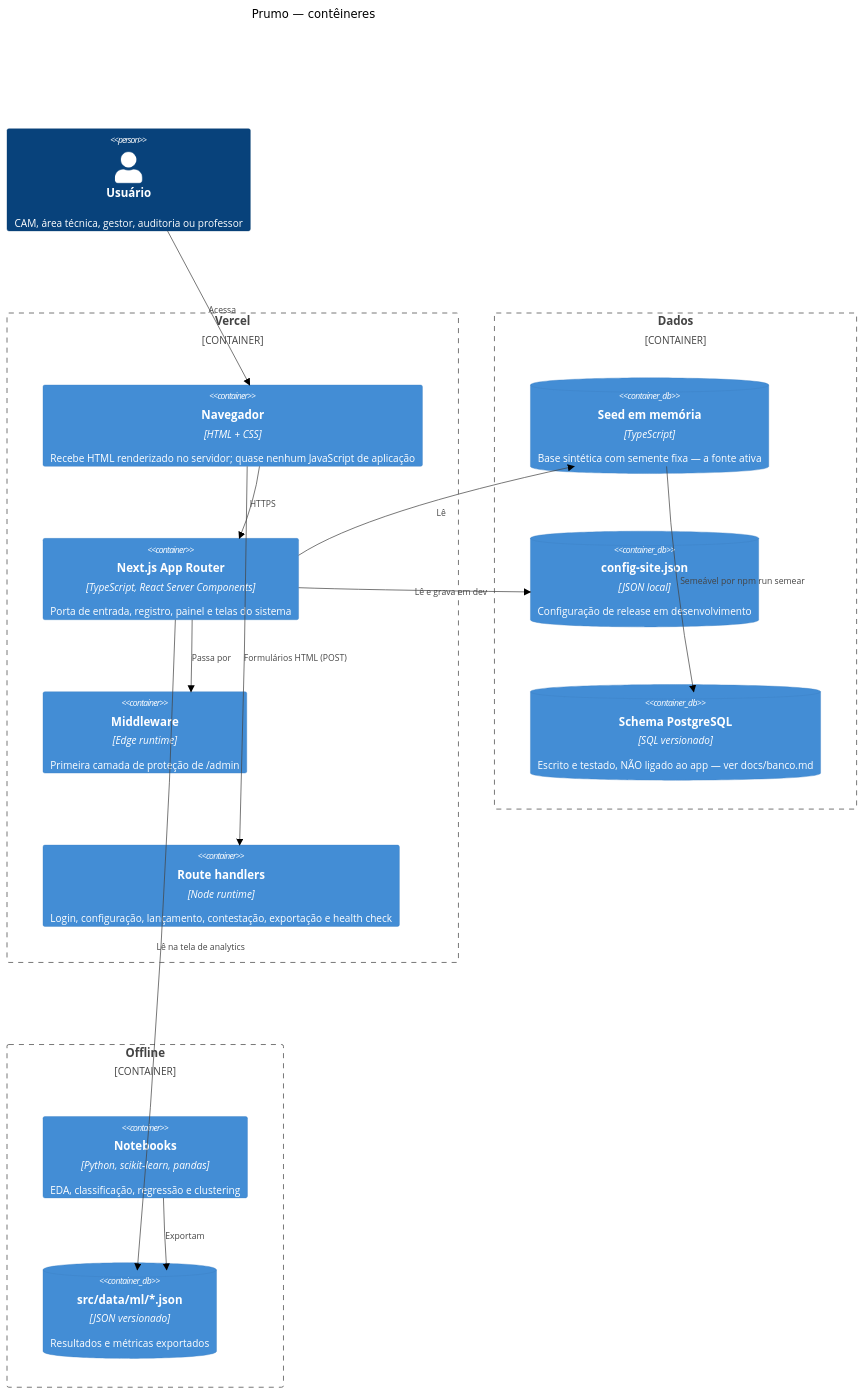
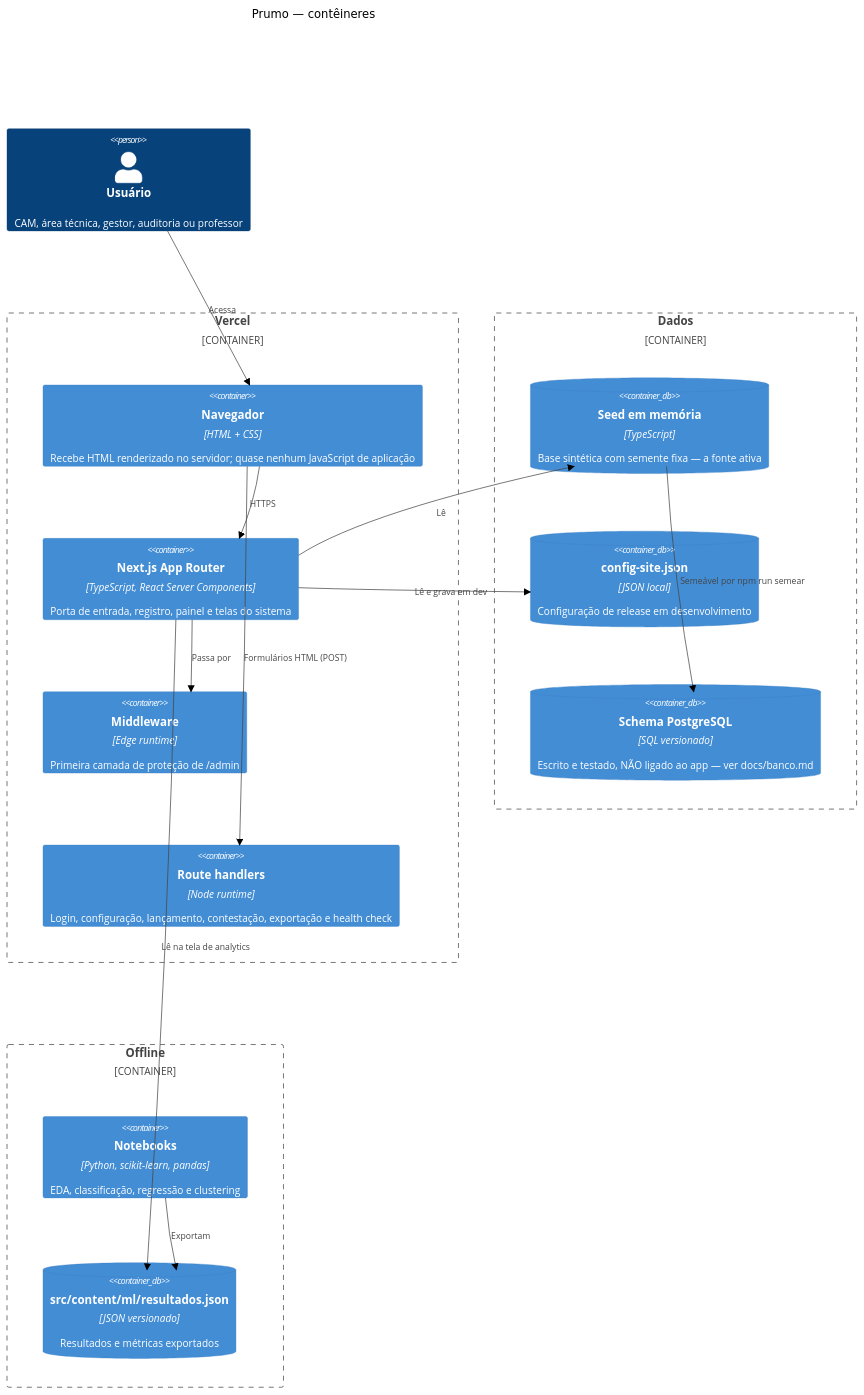
Before and after one commit to highgroundagency/projeto-6: the second of 3 diagrams in docs/arquitetura.md, drawn with Mermaid (neutral theme).

Commit message:
Corrige o caminho dos artefatos de ML no diagrama de contêineres
O C4 de nível 2 citava src/data/ml/*.json; o caminho real desde a
ADR-022 é src/content/ml/resultados.json. Diagrama que aponta para
arquivo que não existe ensina errado.

Claude-Session: https://claude.ai/code/session_01D6phv5XHj1qEUFzDonZENq

````diff
--- a/docs/arquitetura.md
+++ b/docs/arquitetura.md
@@ -29,33 +29,33 @@
 ```mermaid
 C4Container
   title Prumo — contêineres
   Person(usuario, "Usuário", "CAM, área técnica, gestor, auditoria ou professor")
 
   Container_Boundary(vercel, "Vercel") {
     Container(browser, "Navegador", "HTML + CSS", "Recebe HTML renderizado no servidor; quase nenhum JavaScript de aplicação")
     Container(app, "Next.js App Router", "TypeScript, React Server Components", "Porta de entrada, registro, painel e telas do sistema")
     Container(middleware, "Middleware", "Edge runtime", "Primeira camada de proteção de /admin")
     Container(rotas, "Route handlers", "Node runtime", "Login, configuração, lançamento, contestação, exportação e health check")
   }
 
   Container_Boundary(dados, "Dados") {
     ContainerDb(seed, "Seed em memória", "TypeScript", "Base sintética com semente fixa — a fonte ativa")
     ContainerDb(arquivo, "config-site.json", "JSON local", "Configuração de release em desenvolvimento")
     ContainerDb(schema, "Schema PostgreSQL", "SQL versionado", "Escrito e testado, NÃO ligado ao app — ver docs/banco.md")
   }
 
   Container_Boundary(offline, "Offline") {
     Container(notebooks, "Notebooks", "Python, scikit-learn, pandas", "EDA, classificação, regressão e clustering")
-    ContainerDb(artefatos, "src/data/ml/*.json", "JSON versionado", "Resultados e métricas exportados")
+    ContainerDb(artefatos, "src/content/ml/resultados.json", "JSON versionado", "Resultados e métricas exportados")
   }
 
   Rel(usuario, browser, "Acessa")
   Rel(browser, app, "HTTPS")
   Rel(app, middleware, "Passa por")
   Rel(browser, rotas, "Formulários HTML (POST)")
   Rel(app, seed, "Lê")
   Rel(app, arquivo, "Lê e grava em dev")
   Rel(seed, schema, "Semeável por npm run semear")
   Rel(notebooks, artefatos, "Exportam")
   Rel(app, artefatos, "Lê na tela de analytics")
 ```
````
